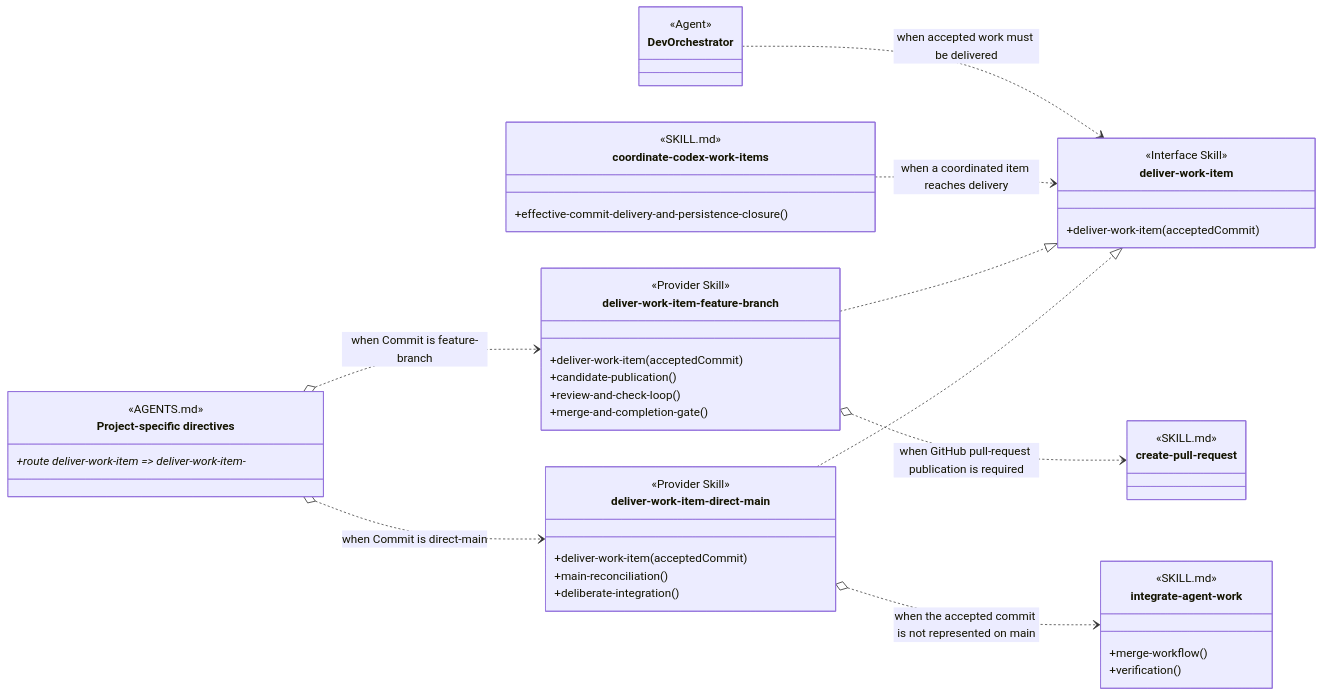
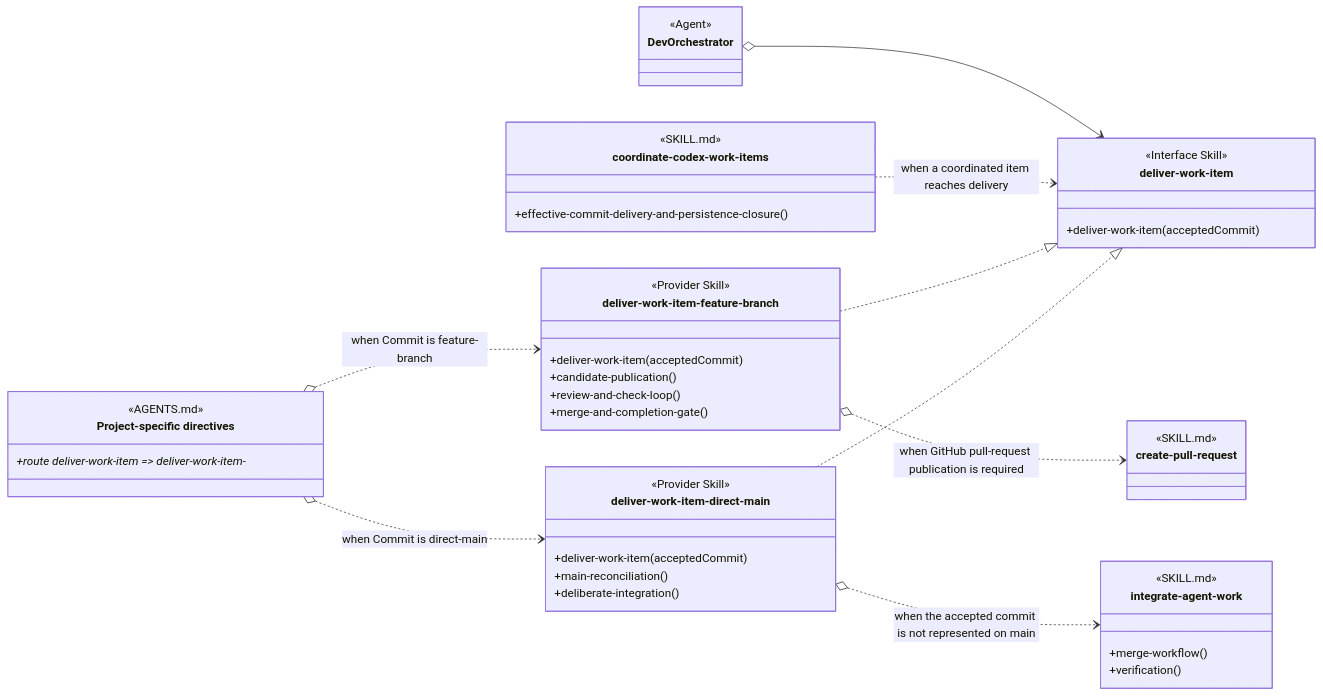
Before and after one commit to martinbechard/dev-methodology: the sixth of 6 diagrams in design/skill-groups/concurrent-tasking.md, drawn with Mermaid. The commit also changed other lines of this file and 4 other files, not shown here.

````diff
--- a/design/skill-groups/concurrent-tasking.md
+++ b/design/skill-groups/concurrent-tasking.md
@@ -433,60 +433,60 @@
 ```mermaid
 classDiagram
     direction LR
 
     class DevOrchestrator {
         <<Agent>>
     }
 
     class coordinate-codex-work-items {
         <<SKILL.md>>
         <<Agent Skill>>
         +effective-commit-delivery-and-persistence-closure()
     }
 
     class project-specific-directives["Project-specific directives"] {
         <<AGENTS.md>>
         <<routing>>
         +route deliver-work-item => deliver-work-item-*
     }
 
     class DeliverWorkItem["deliver-work-item"] {
         <<Interface Skill>>
         +deliver-work-item(acceptedCommit)
     }
 
     class deliver-work-item-feature-branch {
         <<Provider Skill>>
         +deliver-work-item(acceptedCommit)
         +candidate-publication()
         +review-and-check-loop()
         +merge-and-completion-gate()
     }
 
     class deliver-work-item-direct-main {
         <<Provider Skill>>
         <<Cross-group>>
         +deliver-work-item(acceptedCommit)
         +main-reconciliation()
         +deliberate-integration()
     }
 
     class create-pull-request {
         <<SKILL.md>>
     }
 
     class integrate-agent-work {
         <<SKILL.md>>
         +merge-workflow()
         +verification()
     }
 
-    DevOrchestrator ..> DeliverWorkItem : when accepted work must be delivered
+    DevOrchestrator o--> DeliverWorkItem
     coordinate-codex-work-items ..> DeliverWorkItem : when a coordinated item reaches delivery
     project-specific-directives o..> deliver-work-item-feature-branch : when Commit is feature-branch
     project-specific-directives o..> deliver-work-item-direct-main : when Commit is direct-main
     deliver-work-item-feature-branch ..|> DeliverWorkItem
     deliver-work-item-direct-main ..|> DeliverWorkItem
     deliver-work-item-feature-branch o..> create-pull-request : when GitHub pull-request publication is required
     deliver-work-item-direct-main o..> integrate-agent-work : when the accepted commit is not represented on main
 ```
````
